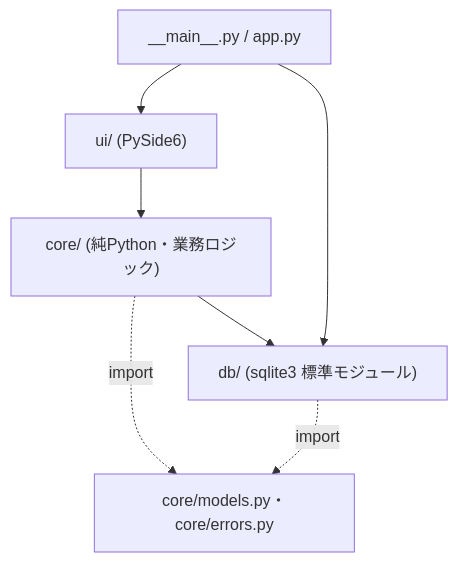
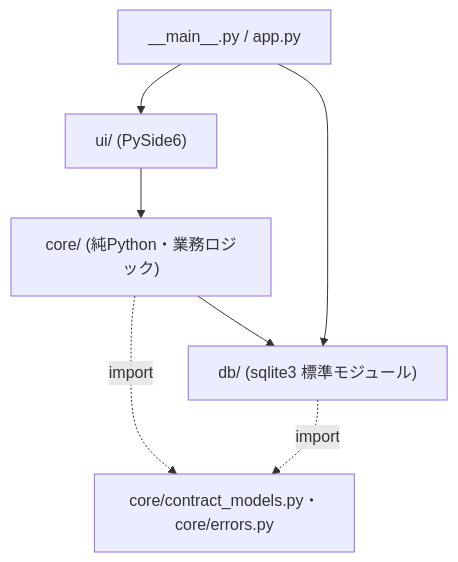
The first of 2 diagrams in docs/plan/ローカル検針管理アプリ開発計画書.md (sho-kawasaki-dd/meter-reading-app-mini), drawn with Mermaid before and after one commit. The commit also changed other lines of this file and 1 other file, not shown here.

Commit message:
refactor: Update documentation and improve transaction handling in core logic

````diff
--- a/docs/plan/ローカル検針管理アプリ開発計画書.md
+++ b/docs/plan/ローカル検針管理アプリ開発計画書.md
@@ -76,9 +76,9 @@
 ```mermaid
 flowchart TB
     UI["ui/ (PySide6)"] --> CORE["core/ (純Python・業務ロジック)"]
     CORE --> DB["db/ (sqlite3 標準モジュール)"]
-    CORE -. "import" .-> CONTRACT["core/models.py・core/errors.py"]
+    CORE -. "import" .-> CONTRACT["core/contract_models.py・core/errors.py"]
     DB -. "import" .-> CONTRACT
     APP["__main__.py / app.py"] --> UI
     APP --> DB
 ```
````
